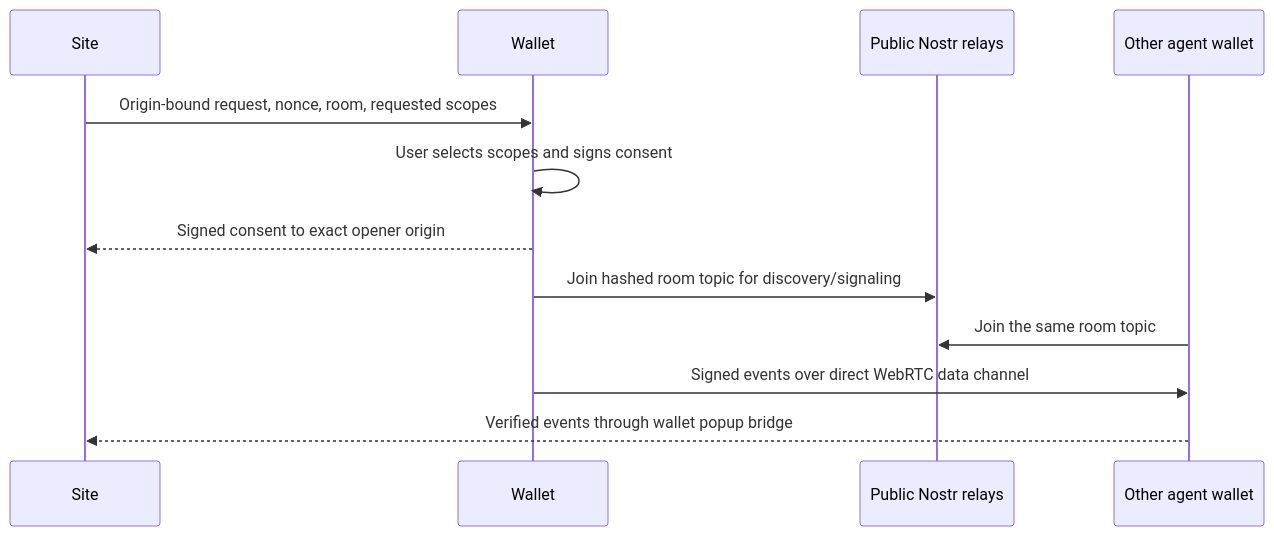
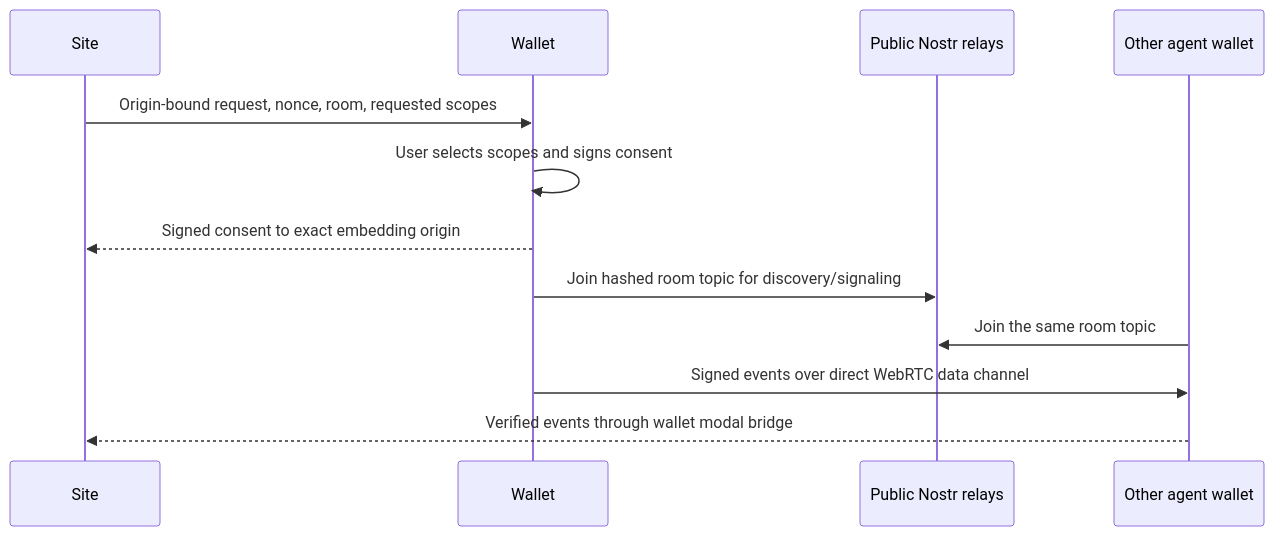
One commit to EnzoVezzaro/ai-auth changed the diagram in docs/ARCHITECTURE.md. Above: the diagram before and after it, drawn with Mermaid. The commit also changed other lines of this file and 20 other files, not shown here.

````diff
--- a/docs/ARCHITECTURE.md
+++ b/docs/ARCHITECTURE.md
@@ -7,14 +7,14 @@
 ```mermaid
 sequenceDiagram
   participant Site
   participant Wallet
   participant Relay as Public Nostr relays
   participant Peer as Other agent wallet
   Site->>Wallet: Origin-bound request, nonce, room, requested scopes
   Wallet->>Wallet: User selects scopes and signs consent
-  Wallet-->>Site: Signed consent to exact opener origin
+  Wallet-->>Site: Signed consent to exact embedding origin
   Wallet->>Relay: Join hashed room topic for discovery/signaling
   Peer->>Relay: Join the same room topic
   Wallet->>Peer: Signed events over direct WebRTC data channel
-  Peer-->>Site: Verified events through wallet popup bridge
+  Peer-->>Site: Verified events through wallet modal bridge
 ```
````
